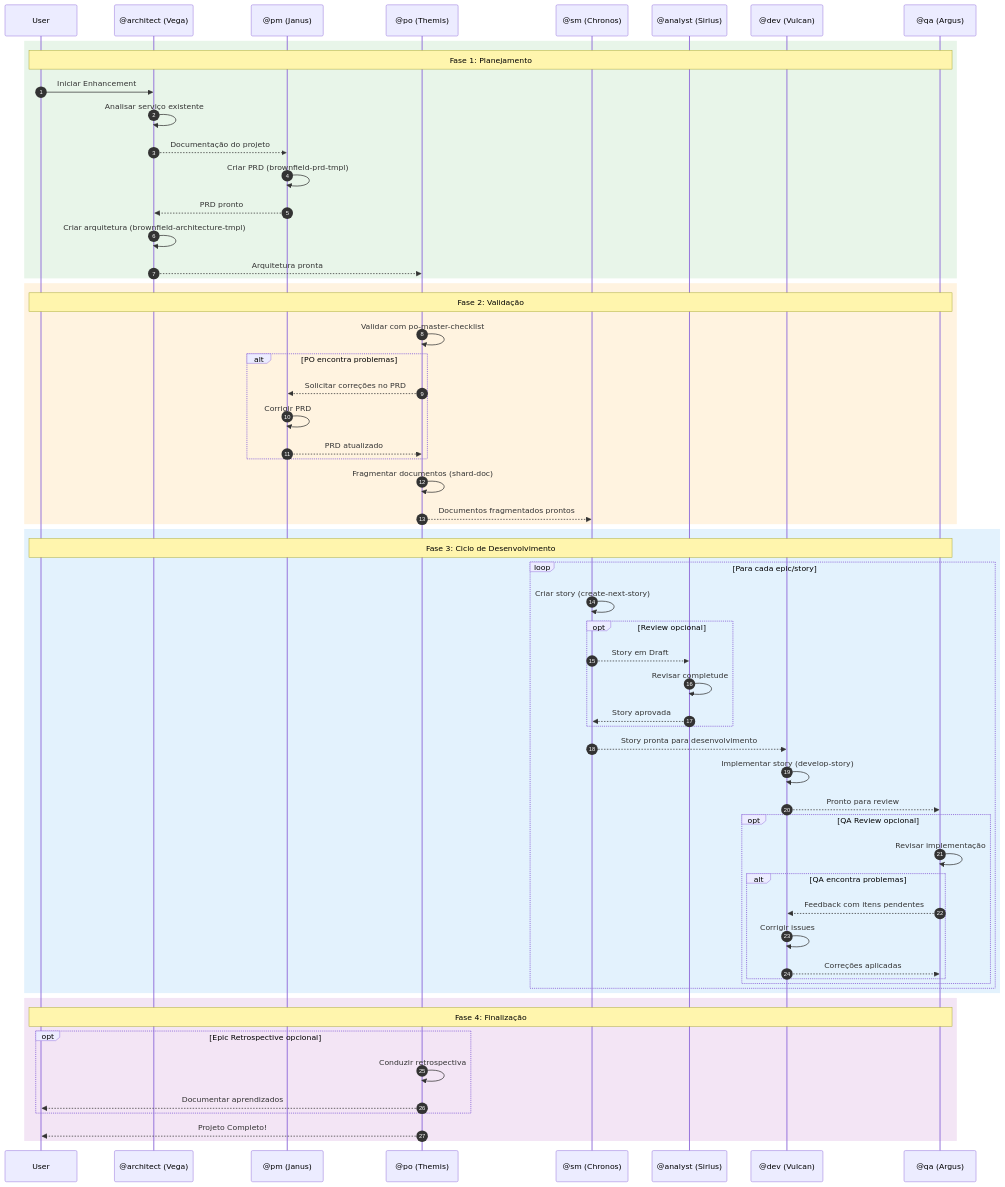
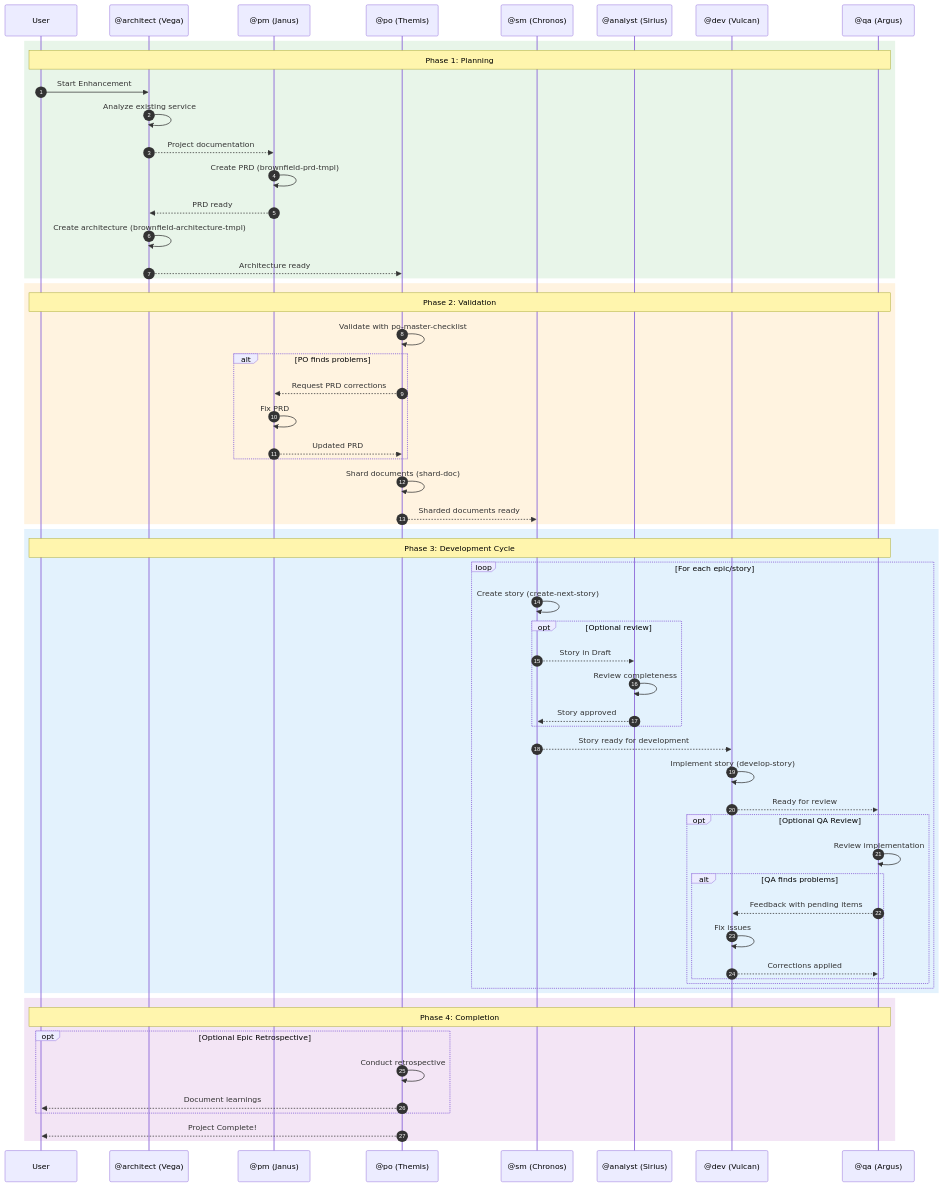
The second of 6 diagrams in docs/aexos-workflows/brownfield-service-workflow.md (CyryxLabs/AEXOS), drawn with Mermaid before and after one commit. The commit also changed other lines of this file and 528 other files, not shown here.

````diff
--- a/docs/aexos-workflows/brownfield-service-workflow.md
+++ b/docs/aexos-workflows/brownfield-service-workflow.md
@@ -93,67 +93,67 @@
 ```mermaid
 sequenceDiagram
     autonumber
     participant User
     participant Architect as @architect (Vega)
     participant PM as @pm (Janus)
     participant PO as @po (Themis)
     participant SM as @sm (Chronos)
     participant Analyst as @analyst (Sirius)
     participant Dev as @dev (Vulcan)
     participant QA as @qa (Argus)
 
     rect rgb(232, 245, 233)
-        Note over User,QA: Fase 1: Planejamento
-        User->>Architect: Iniciar Enhancement
-        Architect->>Architect: Analisar serviço existente
-        Architect-->>PM: Documentação do projeto
-        PM->>PM: Criar PRD (brownfield-prd-tmpl)
-        PM-->>Architect: PRD pronto
-        Architect->>Architect: Criar arquitetura (brownfield-architecture-tmpl)
-        Architect-->>PO: Arquitetura pronta
+        Note over User,QA: Phase 1: Planning
+        User->>Architect: Start Enhancement
+        Architect->>Architect: Analyze existing service
+        Architect-->>PM: Project documentation
+        PM->>PM: Create PRD (brownfield-prd-tmpl)
+        PM-->>Architect: PRD ready
+        Architect->>Architect: Create architecture (brownfield-architecture-tmpl)
+        Architect-->>PO: Architecture ready
     end
 
     rect rgb(255, 243, 224)
-        Note over User,QA: Fase 2: Validação
-        PO->>PO: Validar com po-master-checklist
-        alt PO encontra problemas
-            PO-->>PM: Solicitar correções no PRD
-            PM->>PM: Corrigir PRD
-            PM-->>PO: PRD atualizado
+        Note over User,QA: Phase 2: Validation
+        PO->>PO: Validate with po-master-checklist
+        alt PO finds problems
+            PO-->>PM: Request PRD corrections
+            PM->>PM: Fix PRD
+            PM-->>PO: Updated PRD
         end
-        PO->>PO: Fragmentar documentos (shard-doc)
-        PO-->>SM: Documentos fragmentados prontos
+        PO->>PO: Shard documents (shard-doc)
+        PO-->>SM: Sharded documents ready
     end
 
     rect rgb(227, 242, 253)
-        Note over User,QA: Fase 3: Ciclo de Desenvolvimento
-        loop Para cada epic/story
-            SM->>SM: Criar story (create-next-story)
-            opt Review opcional
-                SM-->>Analyst: Story em Draft
-                Analyst->>Analyst: Revisar completude
-                Analyst-->>SM: Story aprovada
+        Note over User,QA: Phase 3: Development Cycle
+        loop For each epic/story
+            SM->>SM: Create story (create-next-story)
+            opt Optional review
+                SM-->>Analyst: Story in Draft
+                Analyst->>Analyst: Review completeness
+                Analyst-->>SM: Story approved
             end
-            SM-->>Dev: Story pronta para desenvolvimento
-            Dev->>Dev: Implementar story (develop-story)
-            Dev-->>QA: Pronto para review
-            opt QA Review opcional
-                QA->>QA: Revisar implementação
-                alt QA encontra problemas
-                    QA-->>Dev: Feedback com itens pendentes
-                    Dev->>Dev: Corrigir issues
-                    Dev-->>QA: Correções aplicadas
+            SM-->>Dev: Story ready for development
+            Dev->>Dev: Implement story (develop-story)
+            Dev-->>QA: Ready for review
+            opt Optional QA Review
+                QA->>QA: Review implementation
+                alt QA finds problems
+                    QA-->>Dev: Feedback with pending items
+                    Dev->>Dev: Fix issues
+                    Dev-->>QA: Corrections applied
                 end
             end
         end
     end
 
     rect rgb(243, 229, 245)
-        Note over User,QA: Fase 4: Finalização
-        opt Epic Retrospective opcional
-            PO->>PO: Conduzir retrospectiva
-            PO-->>User: Documentar aprendizados
+        Note over User,QA: Phase 4: Completion
+        opt Optional Epic Retrospective
+            PO->>PO: Conduct retrospective
+            PO-->>User: Document learnings
         end
-        PO-->>User: Projeto Completo!
+        PO-->>User: Project Complete!
     end
 ```
````
